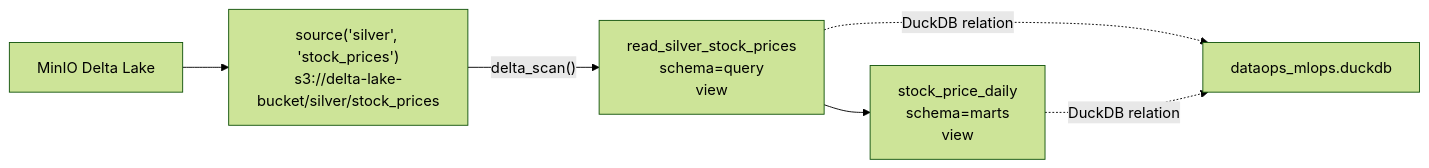
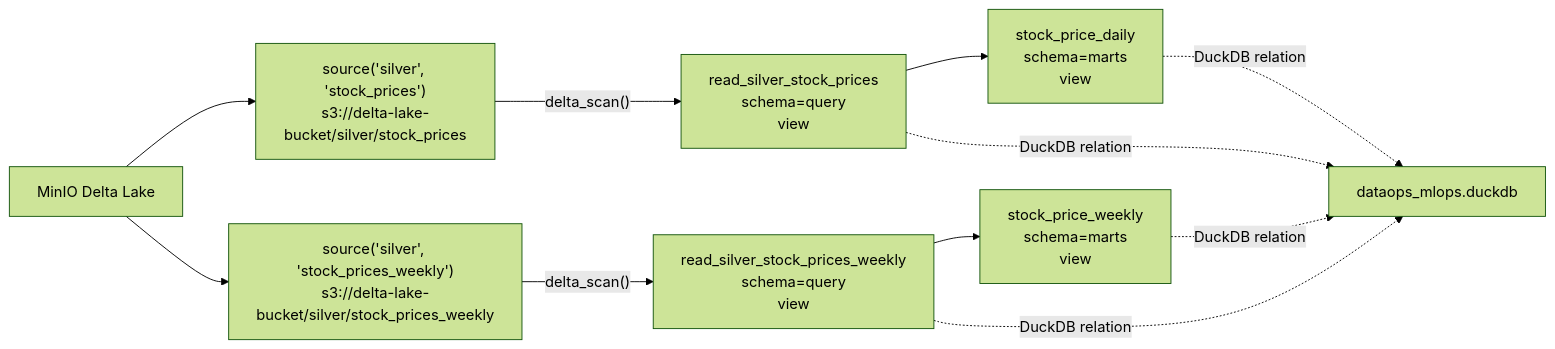
The third of 4 diagrams in docs/dagster_dbt_diagrams.md (Batuhansaylam26/algo_trading), drawn with Mermaid (forest theme) before and after one commit. The commit also changed other lines of this file and 23 other files, not shown here.

````diff
--- a/docs/dagster_dbt_diagrams.md
+++ b/docs/dagster_dbt_diagrams.md
@@ -82,14 +83,22 @@
 ```mermaid
 flowchart LR
-    SilverSource["source('silver', 'stock_prices')\ns3://delta-lake-bucket/silver/stock_prices"]
-    ReadSilver["read_silver_stock_prices\nschema=query\nview"]
+    SilverDailySource["source('silver', 'stock_prices')\ns3://delta-lake-bucket/silver/stock_prices"]
+    SilverWeeklySource["source('silver', 'stock_prices_weekly')\ns3://delta-lake-bucket/silver/stock_prices_weekly"]
+    ReadSilverDaily["read_silver_stock_prices\nschema=query\nview"]
+    ReadSilverWeekly["read_silver_stock_prices_weekly\nschema=query\nview"]
     DailyMart["stock_price_daily\nschema=marts\nview"]
+    WeeklyMart["stock_price_weekly\nschema=marts\nview"]
     DuckDBFile["dataops_mlops.duckdb"]
     MinIO["MinIO Delta Lake"]
 
-    MinIO --> SilverSource
-    SilverSource -->|"delta_scan()"| ReadSilver
-    ReadSilver --> DailyMart
-    ReadSilver -. "DuckDB relation" .-> DuckDBFile
+    MinIO --> SilverDailySource
+    MinIO --> SilverWeeklySource
+    SilverDailySource -->|"delta_scan()"| ReadSilverDaily
+    SilverWeeklySource -->|"delta_scan()"| ReadSilverWeekly
+    ReadSilverDaily --> DailyMart
+    ReadSilverWeekly --> WeeklyMart
+    ReadSilverDaily -. "DuckDB relation" .-> DuckDBFile
+    ReadSilverWeekly -. "DuckDB relation" .-> DuckDBFile
     DailyMart -. "DuckDB relation" .-> DuckDBFile
+    WeeklyMart -. "DuckDB relation" .-> DuckDBFile
 ```
````
